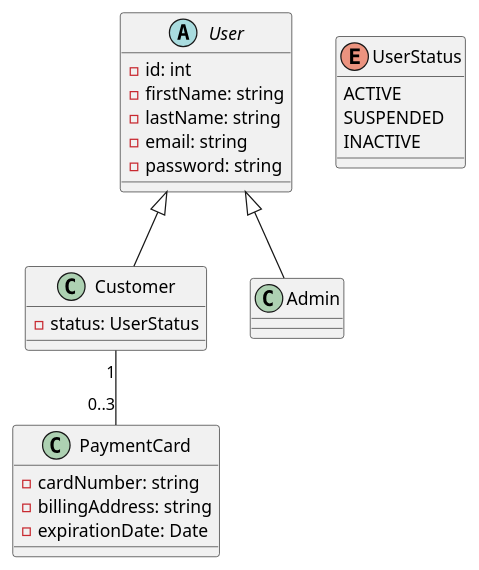
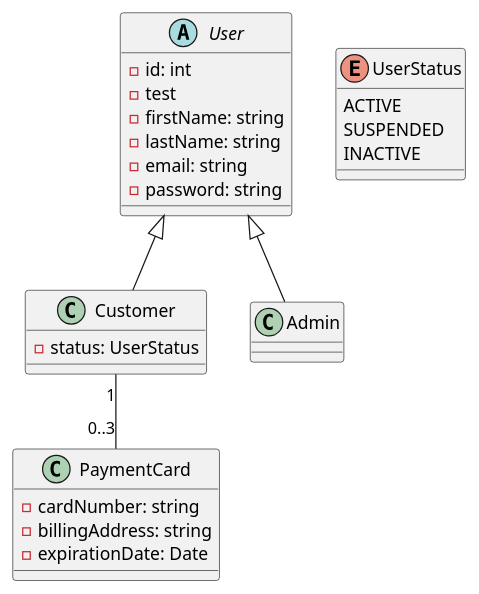
Before and after one commit to alecreates/Cinema-E-Booking-System: the diagram in user-diagram.puml, drawn with PlantUML.

Commit message:
added test attribute to user-diagram.puml

```diff
--- a/user-diagram.puml
+++ b/user-diagram.puml
@@ -1,32 +1,33 @@
 @startuml
 
 abstract class User {
     - id: int
+    - test
     - firstName: string
     - lastName: string
     - email: string
     - password: string
 }
 
 class Customer extends User {
     - status: UserStatus
 }
 
 class Admin extends User {
 }
 
 class PaymentCard {
     - cardNumber: string
     - billingAddress: string
     - expirationDate: Date
 }
 
 enum UserStatus {
     ACTIVE
     SUSPENDED
     INACTIVE
 }
 
 Customer "1" -- "0..3" PaymentCard
 
 @enduml
```
